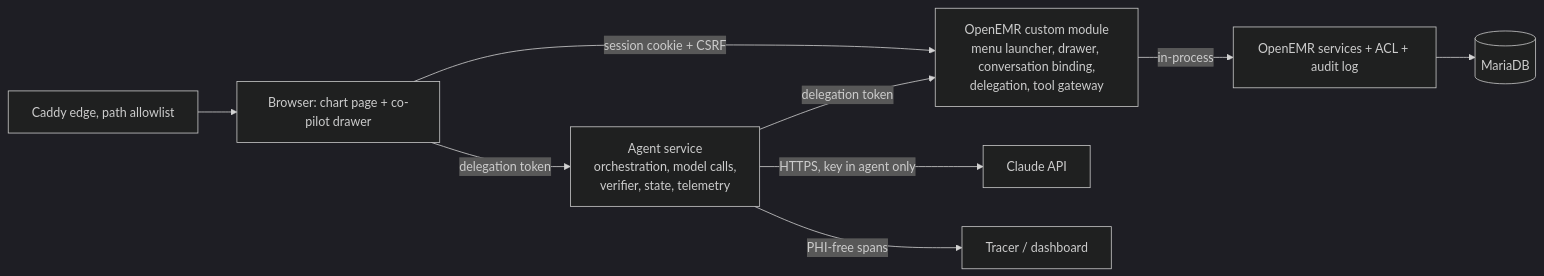
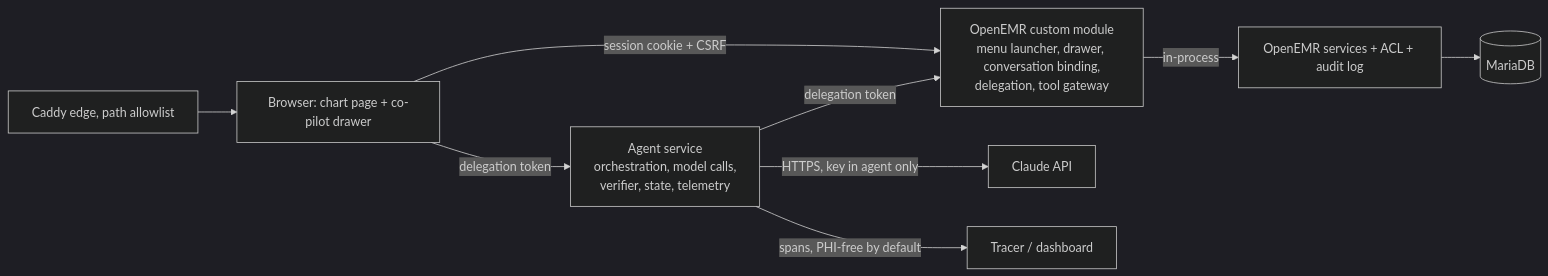
One commit to hdxsfbr/openemr-base-clean changed the first of 3 diagrams in ARCHITECTURE.md. Above: the diagram before and after it, drawn with Mermaid (dark theme). The commit also changed other lines of this file and 29 other files, not shown here.

````diff
--- a/ARCHITECTURE.md
+++ b/ARCHITECTURE.md
@@ -112,11 +117,11 @@
 ```mermaid
 flowchart LR
   B[Browser: chart page + co-pilot drawer] -->|session cookie + CSRF| M[OpenEMR custom module<br/>menu launcher, drawer, conversation binding,<br/>delegation, tool gateway]
   B -->|delegation token| A[Agent service<br/>orchestration, model calls,<br/>verifier, state, telemetry]
   A -->|delegation token| M
   M -->|in-process| S[OpenEMR services + ACL + audit log]
   S --> D[(MariaDB)]
   A -->|HTTPS, key in agent only| L[Claude API]
-  A -->|PHI-free spans| T[Tracer / dashboard]
+  A -->|spans, PHI-free by default| T[Tracer / dashboard]
   C[Caddy edge, path allowlist] --> B
 ```
````
